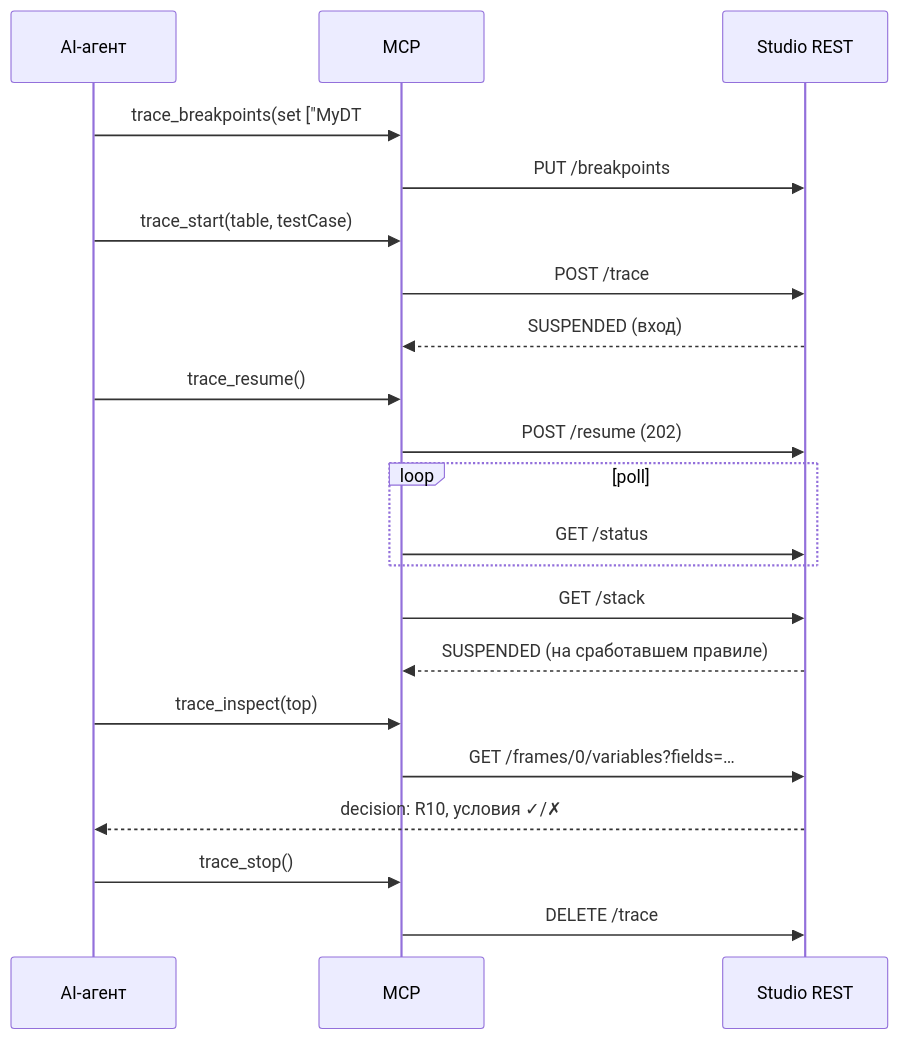
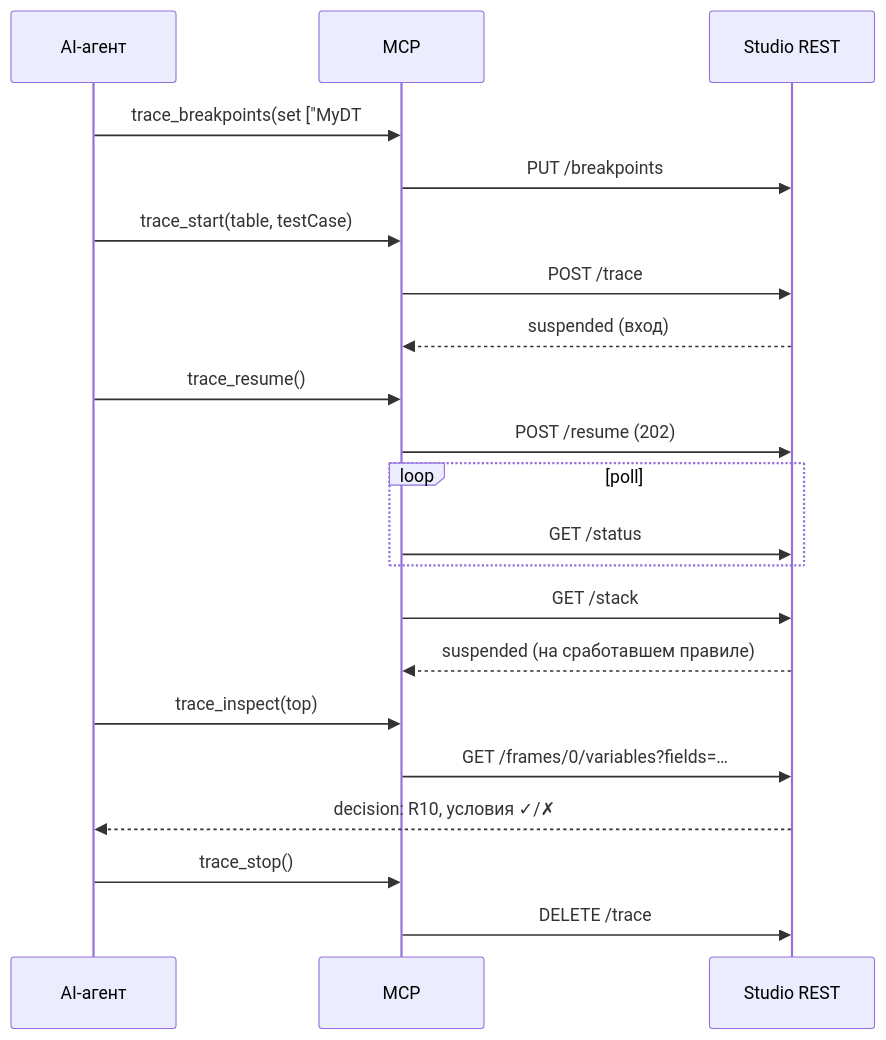
Before and after one commit to openl-tablets/openl-tablets: the second of 2 diagrams in Docs/api/trace-mcp-tools.md, drawn with Mermaid. The commit also changed other lines of this file and 38 other files, not shown here.

````diff
--- a/Docs/api/trace-mcp-tools.md
+++ b/Docs/api/trace-mcp-tools.md
@@ -371,23 +371,23 @@
 ```mermaid
 sequenceDiagram
     participant A as AI-агент
     participant M as MCP
     participant S as Studio REST
     A->>M: trace_breakpoints(set ["MyDT#rule"])
     M->>S: PUT /breakpoints
     A->>M: trace_start(table, testCase)
     M->>S: POST /trace
-    S-->>M: SUSPENDED (вход)
+    S-->>M: suspended (вход)
     A->>M: trace_resume()
     M->>S: POST /resume (202)
     loop poll
         M->>S: GET /status
     end
     M->>S: GET /stack
-    S-->>M: SUSPENDED (на сработавшем правиле)
+    S-->>M: suspended (на сработавшем правиле)
     A->>M: trace_inspect(top)
     M->>S: GET /frames/0/variables?fields=…
     S-->>A: decision: R10, условия ✓/✗
     A->>M: trace_stop()
     M->>S: DELETE /trace
 ```
````
